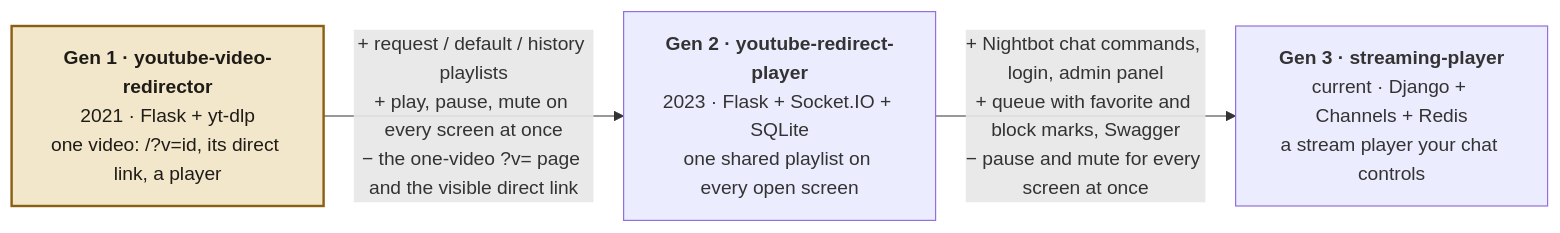
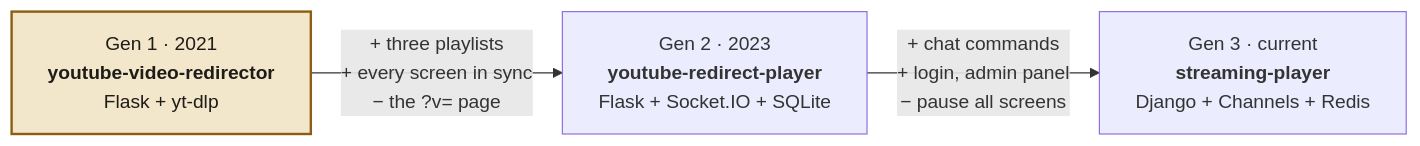
One commit to NatLee/youtube-video-redirect-service changed the first of 2 diagrams in README.md. Above: the diagram before and after it, drawn with Mermaid. The commit also changed other lines of this file, not shown here.

Commit message:
docs: lighter family tree, with the details in a table
GitHub draws Mermaid smaller than the CLI does, so the family tree's long
labels wrapped into narrow towers and the last box hid behind the zoom
buttons. The diagram now carries just the names, years, stacks and a
few words of what changed; the full "added / let go" list moved into a
table right under it.

````diff
--- a/README.md
+++ b/README.md
@@ -32,9 +32,9 @@
 ```mermaid
 flowchart LR
-    G1["<b>Gen 1 · youtube-video-redirector</b><br/>2021 · Flask + yt-dlp<br/>one video: /?v=id, its direct link, a player"]
-    G2["<b>Gen 2 · youtube-redirect-player</b><br/>2023 · Flask + Socket.IO + SQLite<br/>one shared playlist on every open screen"]
-    G3["<b>Gen 3 · streaming-player</b><br/>current · Django + Channels + Redis<br/>a stream player your chat controls"]
-    G1 -- "+ request / default / history playlists<br/>+ play, pause, mute on every screen at once<br/>− the one-video ?v= page and the visible direct link" --> G2
-    G2 -- "+ Nightbot chat commands, login, admin panel<br/>+ queue with favorite and block marks, Swagger<br/>− pause and mute for every screen at once" --> G3
+    G1["Gen 1 · 2021<br/><b>youtube-video-redirector</b><br/>Flask + yt-dlp"]
+    G2["Gen 2 · 2023<br/><b>youtube-redirect-player</b><br/>Flask + Socket.IO + SQLite"]
+    G3["Gen 3 · current<br/><b>streaming-player</b><br/>Django + Channels + Redis"]
+    G1 -- "+ three playlists<br/>+ every screen in sync<br/>− the ?v= page" --> G2
+    G2 -- "+ chat commands<br/>+ login, admin panel<br/>− pause all screens" --> G3
     style G1 fill:#f2e6cb,stroke:#8a5f12,stroke-width:2px,color:#1f1c17
 ```
````
